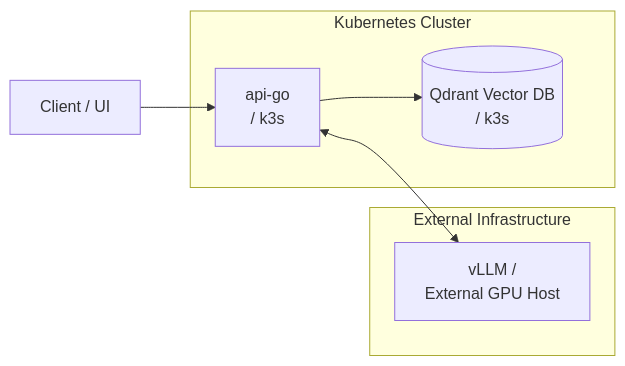
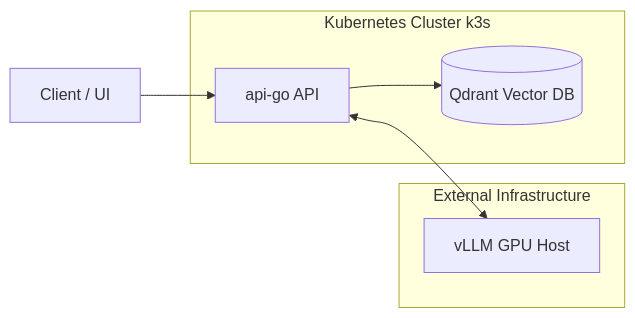
The diagram in docs/architecture.md (Kirill140992/ai-inference-platform), drawn with Mermaid before and after one commit.

Commit message:
fix diagramm arch

````diff
--- a/docs/architecture.md
+++ b/docs/architecture.md
@@ -9,15 +9,15 @@
 ```mermaid
 flowchart LR
-    Client["Client / UI"] --> API["api-go<br>/ k3s"]
-    API --> Qdrant[("Qdrant Vector DB<br>/ k3s")]
-    API <--> vLLM["vLLM /<br>External GPU Host"]
+    Client[  Client / UI  ] --> API[  api-go API  ]
+    API --> Qdrant[(  Qdrant Vector DB  )]
+    API <--> vLLM[  vLLM GPU Host  ]
 
-    subgraph "Kubernetes Cluster"
+    subgraph k8s [  Kubernetes Cluster k3s  ]
     API
     Qdrant
     end
 
-    subgraph "External Infrastructure"
+    subgraph ext [  External Infrastructure  ]
     vLLM
     end
 ```
````
